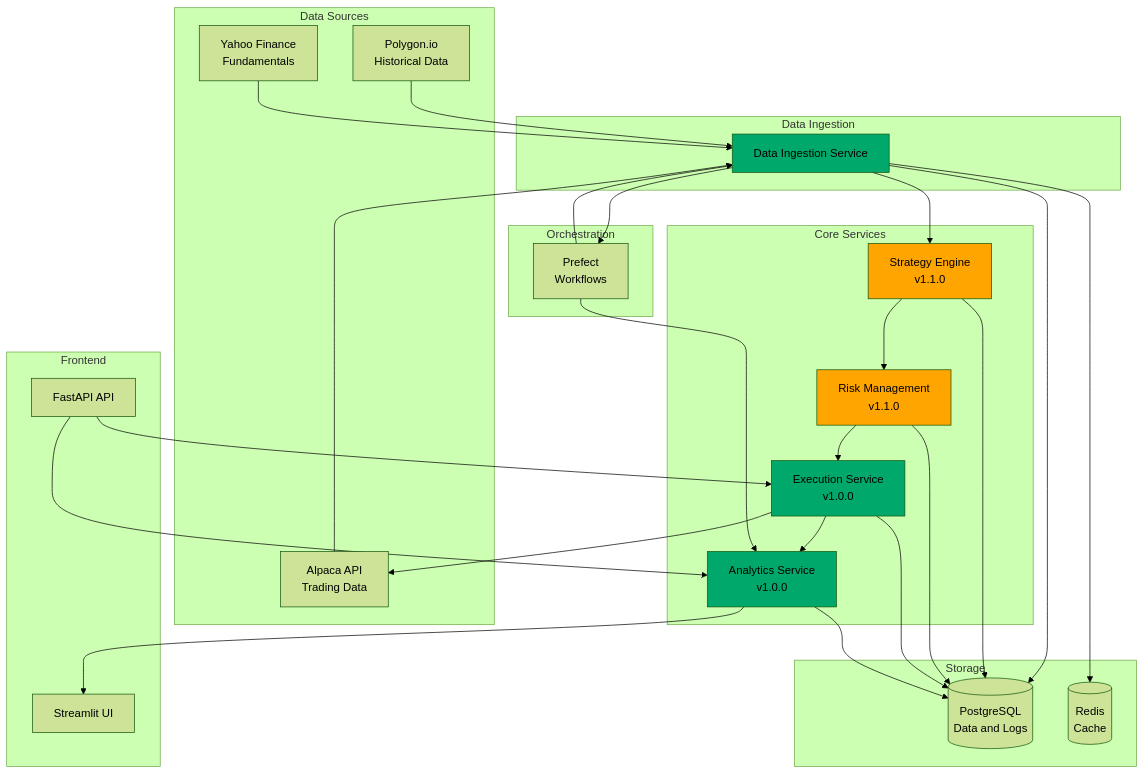
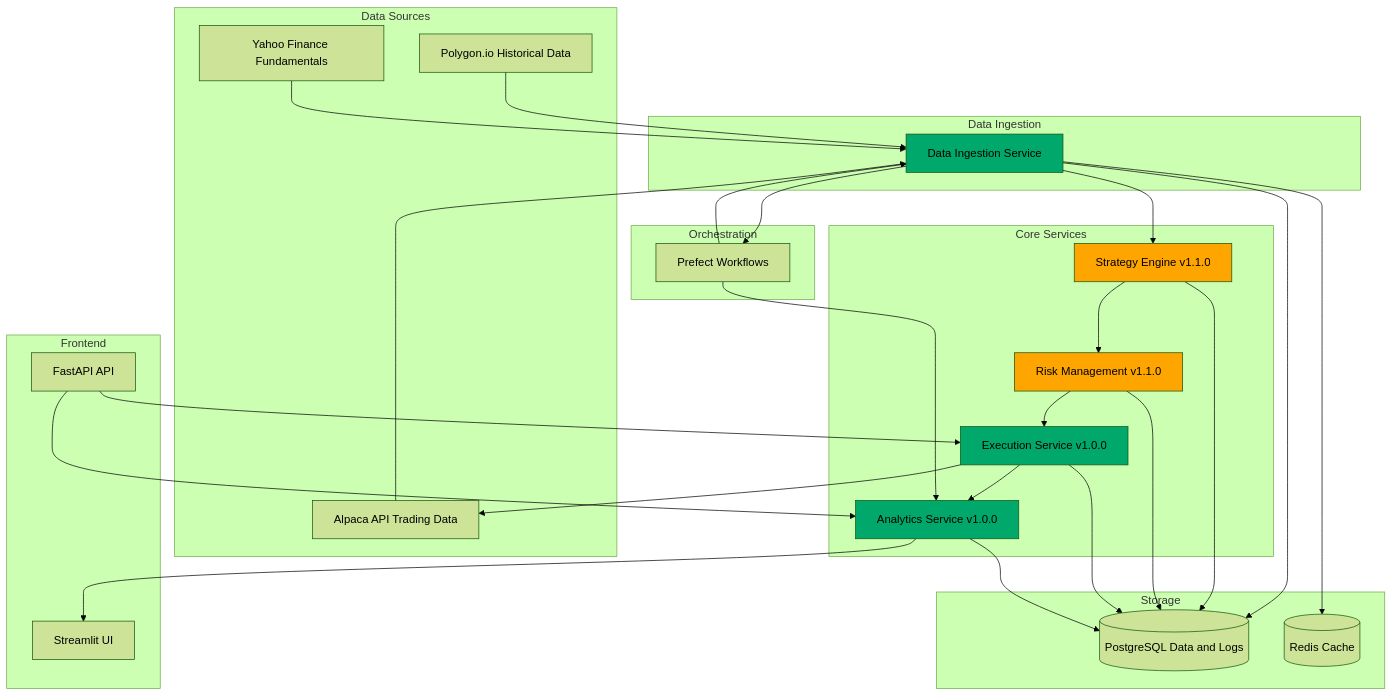
The diagram in docs/index.md (nishantnayar/Trading-System), drawn with Mermaid (forest theme) before and after one commit. The commit also changed other lines of this file, not shown here.

````diff
--- a/docs/index.md
+++ b/docs/index.md
@@ -83,65 +81,65 @@
 ```mermaid
 graph TB
-    subgraph "Data Sources"
-        Polygon[Polygon.io<br/>Historical Data]
-        Yahoo[Yahoo Finance<br/>Fundamentals]
-        AlpacaExt[Alpaca API<br/>Trading Data]
+    subgraph DataSources["Data Sources"]
+        Polygon[Polygon.io Historical Data]
+        Yahoo[Yahoo Finance Fundamentals]
+        AlpacaExt[Alpaca API Trading Data]
     end
     
-    subgraph "Data Ingestion"
+    subgraph DataIngestionGroup["Data Ingestion"]
         DataIngestion[Data Ingestion Service]
     end
     
-    subgraph "Core Services"
-        Strategy[Strategy Engine<br/>v1.1.0]
-        Risk[Risk Management<br/>v1.1.0]
-        Execution[Execution Service<br/>v1.0.0]
-        Analytics[Analytics Service<br/>v1.0.0]
+    subgraph CoreServices["Core Services"]
+        Strategy[Strategy Engine v1.1.0]
+        Risk[Risk Management v1.1.0]
+        Execution[Execution Service v1.0.0]
+        Analytics[Analytics Service v1.0.0]
     end
     
-    subgraph "Storage"
-        PostgreSQL[(PostgreSQL<br/>Data and Logs)]
-        Redis[(Redis<br/>Cache)]
+    subgraph Storage["Storage"]
+        PostgreSQL[(PostgreSQL Data and Logs)]
+        Redis[(Redis Cache)]
     end
     
-    subgraph "Orchestration"
-        Prefect[Prefect<br/>Workflows]
+    subgraph Orchestration["Orchestration"]
+        Prefect[Prefect Workflows]
     end
     
-    subgraph "Frontend"
+    subgraph Frontend["Frontend"]
         Streamlit[Streamlit UI]
         FastAPI[FastAPI API]
     end
     
     Polygon --> DataIngestion
     Yahoo --> DataIngestion
     AlpacaExt --> DataIngestion
     
     DataIngestion --> PostgreSQL
     DataIngestion --> Redis
     DataIngestion --> Prefect
     
     DataIngestion --> Strategy
     Strategy --> Risk
     Risk --> Execution
     Execution --> Analytics
     
     Strategy --> PostgreSQL
     Risk --> PostgreSQL
     Execution --> PostgreSQL
     Analytics --> PostgreSQL
     
     Execution --> AlpacaExt
     Analytics --> Streamlit
     FastAPI --> Execution
     FastAPI --> Analytics
     
     Prefect --> DataIngestion
     Prefect --> Analytics
     
     style DataIngestion fill:#00A86B
     style Execution fill:#00A86B
     style Analytics fill:#00A86B
     style Strategy fill:#FFA500
     style Risk fill:#FFA500
 ```
````
